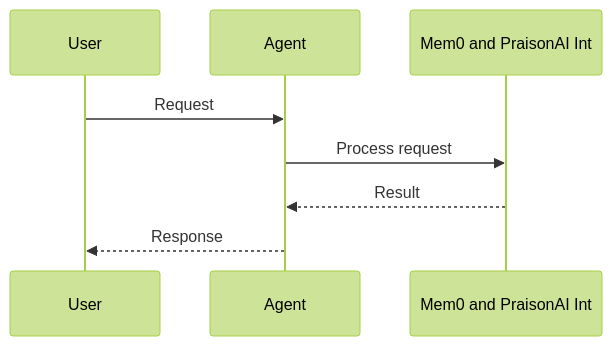
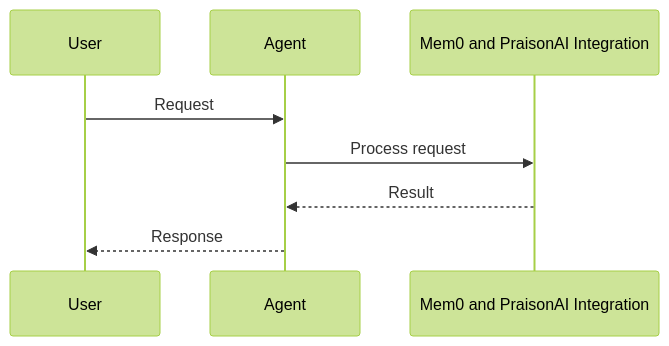
One commit to MervinPraison/PraisonAIDocs changed the second of 2 diagrams in docs/tools/mem0.mdx. Above: the diagram before and after it, drawn with Mermaid (forest theme). The commit also changed 45 other files, not shown here.

First line of the commit message:
docs: fix truncated Mermaid diagram feature names (22-char cutoff)

````diff
--- a/docs/tools/mem0.mdx
+++ b/docs/tools/mem0.mdx
@@ -34,11 +34,11 @@
 ```mermaid
 sequenceDiagram
     participant User
     participant Agent
-    participant Feature as Mem0 and PraisonAI Int
+    participant Feature as Mem0 and PraisonAI Integration
 
     User->>Agent: Request
     Agent->>Feature: Process request
     Feature-->>Agent: Result
     Agent-->>User: Response
 ```
````
